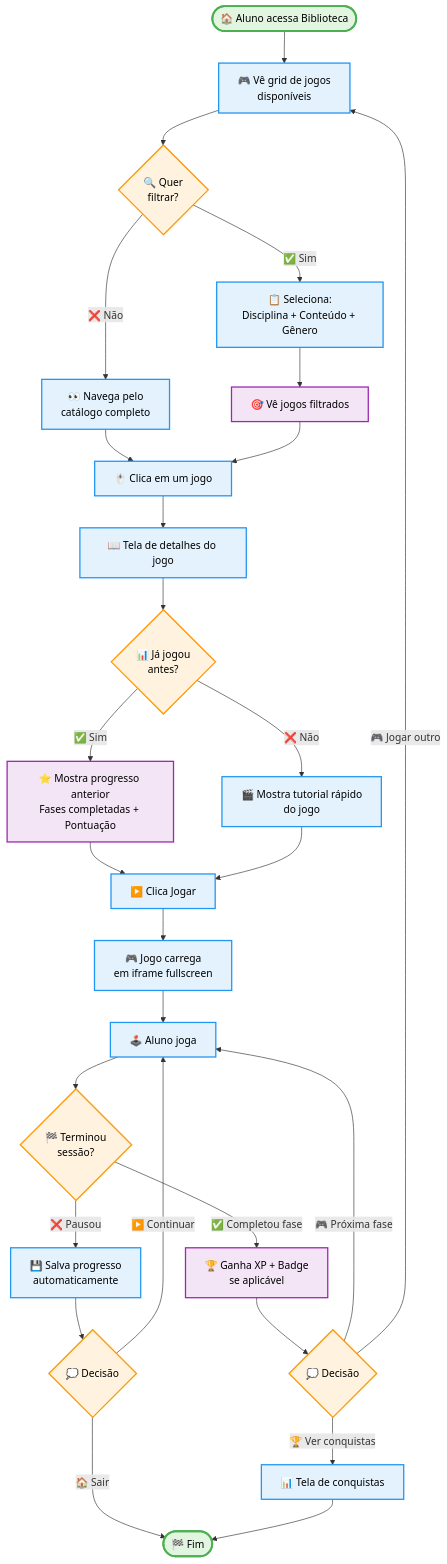
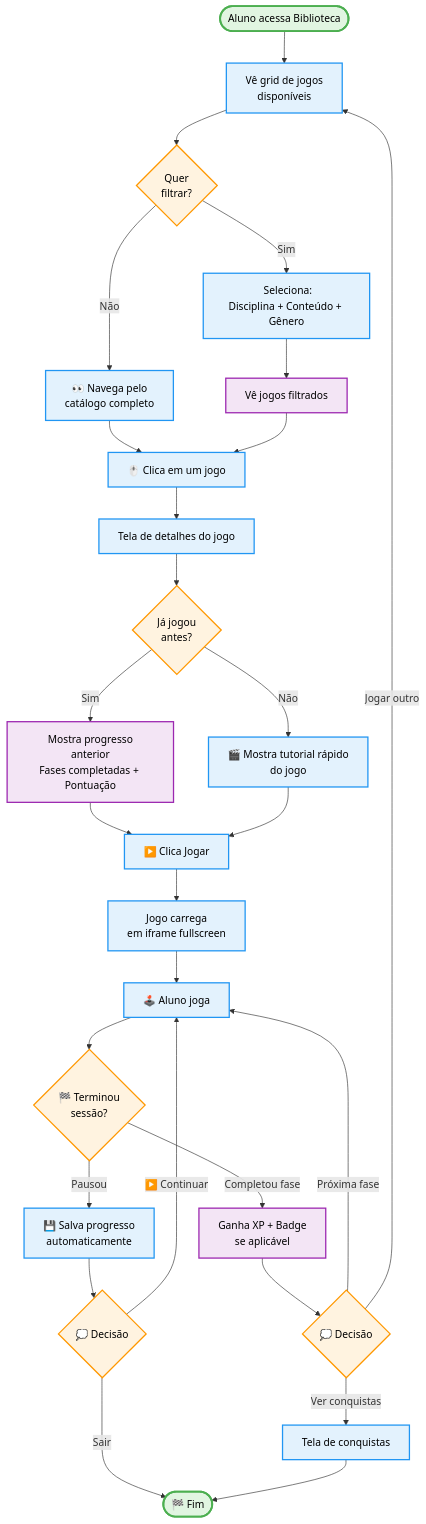
One commit to fabioeducacross/Ambiente_de_Prototipacao_V5 changed the diagram in documentation/docs/journeys/student/library-games.md. Above: the diagram before and after it, drawn with Mermaid. The commit also changed other lines of this file and 60 other files, not shown here.

````diff
--- a/documentation/docs/journeys/student/library-games.md
+++ b/documentation/docs/journeys/student/library-games.md
@@ -30,51 +46,51 @@
 ```mermaid
 graph TD
-    Start([🏠 Aluno acessa Biblioteca]) --> GameLibrary[🎮 Vê grid de jogos<br/>disponíveis]
-    GameLibrary --> Filters{🔍 Quer<br/>filtrar?}
+    Start([<IconHome /> Aluno acessa Biblioteca]) --> GameLibrary[<IconGame /> Vê grid de jogos<br/>disponíveis]
+    GameLibrary --> Filters{<IconSearch /> Quer<br/>filtrar?}
     
-    Filters -->|✅ Sim| ApplyFilters[📋 Seleciona:<br/>Disciplina + Conteúdo + Gênero]
-    Filters -->|❌ Não| Browse[👀 Navega pelo<br/>catálogo completo]
+    Filters -->|<IconCheck /> Sim| ApplyFilters[<IconClipboard /> Seleciona:<br/>Disciplina + Conteúdo + Gênero]
+    Filters -->|<IconX /> Não| Browse[👀 Navega pelo<br/>catálogo completo]
     
-    ApplyFilters --> FilteredResults[🎯 Vê jogos filtrados]
+    ApplyFilters --> FilteredResults[<IconTarget /> Vê jogos filtrados]
     Browse --> SelectGame[🖱️ Clica em um jogo]
     FilteredResults --> SelectGame
     
-    SelectGame --> GameDetail[📖 Tela de detalhes do jogo]
-    GameDetail --> CheckProgress{📊 Já jogou<br/>antes?}
+    SelectGame --> GameDetail[<IconBookOpen /> Tela de detalhes do jogo]
+    GameDetail --> CheckProgress{<IconChart /> Já jogou<br/>antes?}
     
-    CheckProgress -->|✅ Sim| ShowProgress[⭐ Mostra progresso anterior<br/>Fases completadas + Pontuação]
-    CheckProgress -->|❌ Não| ShowIntro[🎬 Mostra tutorial rápido<br/>do jogo]
+    CheckProgress -->|<IconCheck /> Sim| ShowProgress[<IconSparkle /> Mostra progresso anterior<br/>Fases completadas + Pontuação]
+    CheckProgress -->|<IconX /> Não| ShowIntro[🎬 Mostra tutorial rápido<br/>do jogo]
     
     ShowProgress --> StartGame[▶️ Clica Jogar]
     ShowIntro --> StartGame
     
-    StartGame --> GameIframe[🎮 Jogo carrega<br/>em iframe fullscreen]
+    StartGame --> GameIframe[<IconGame /> Jogo carrega<br/>em iframe fullscreen]
     GameIframe --> Playing[🕹️ Aluno joga]
     
     Playing --> GameEnd{🏁 Terminou<br/>sessão?}
     
-    GameEnd -->|❌ Pausou| SaveProgress[💾 Salva progresso<br/>automaticamente]
-    GameEnd -->|✅ Completou fase| EarnRewards[🏆 Ganha XP + Badge<br/>se aplicável]
+    GameEnd -->|<IconX /> Pausou| SaveProgress[💾 Salva progresso<br/>automaticamente]
+    GameEnd -->|<IconCheck /> Completou fase| EarnRewards[<IconTrending /> Ganha XP + Badge<br/>se aplicável]
     
     SaveProgress --> Decision1{💭 Decisão}
     EarnRewards --> Decision2{💭 Decisão}
     
     Decision1 -->|▶️ Continuar| Playing
-    Decision1 -->|🏠 Sair| End([🏁 Fim])
+    Decision1 -->|<IconHome /> Sair| End([🏁 Fim])
     
-    Decision2 -->|🎮 Próxima fase| Playing
-    Decision2 -->|🏆 Ver conquistas| ShowAchievements[📊 Tela de conquistas]
-    Decision2 -->|🎮 Jogar outro| GameLibrary
+    Decision2 -->|<IconGame /> Próxima fase| Playing
+    Decision2 -->|<IconTrending /> Ver conquistas| ShowAchievements[<IconChart /> Tela de conquistas]
+    Decision2 -->|<IconGame /> Jogar outro| GameLibrary
     
     ShowAchievements --> End
     
     classDef startEnd fill:#e1f5e1,stroke:#4caf50,stroke-width:3px,color:#000
     classDef action fill:#e3f2fd,stroke:#2196f3,stroke-width:2px,color:#000
     classDef decision fill:#fff3e0,stroke:#ff9800,stroke-width:2px,color:#000
     classDef reward fill:#f3e5f5,stroke:#9c27b0,stroke-width:2px,color:#000
     
     class Start,End startEnd
     class GameLibrary,ApplyFilters,Browse,SelectGame,GameDetail,ShowIntro,StartGame,GameIframe,Playing,SaveProgress,ShowAchievements action
     class Filters,CheckProgress,GameEnd,Decision1,Decision2 decision
     class FilteredResults,ShowProgress,EarnRewards reward
 ```
````
